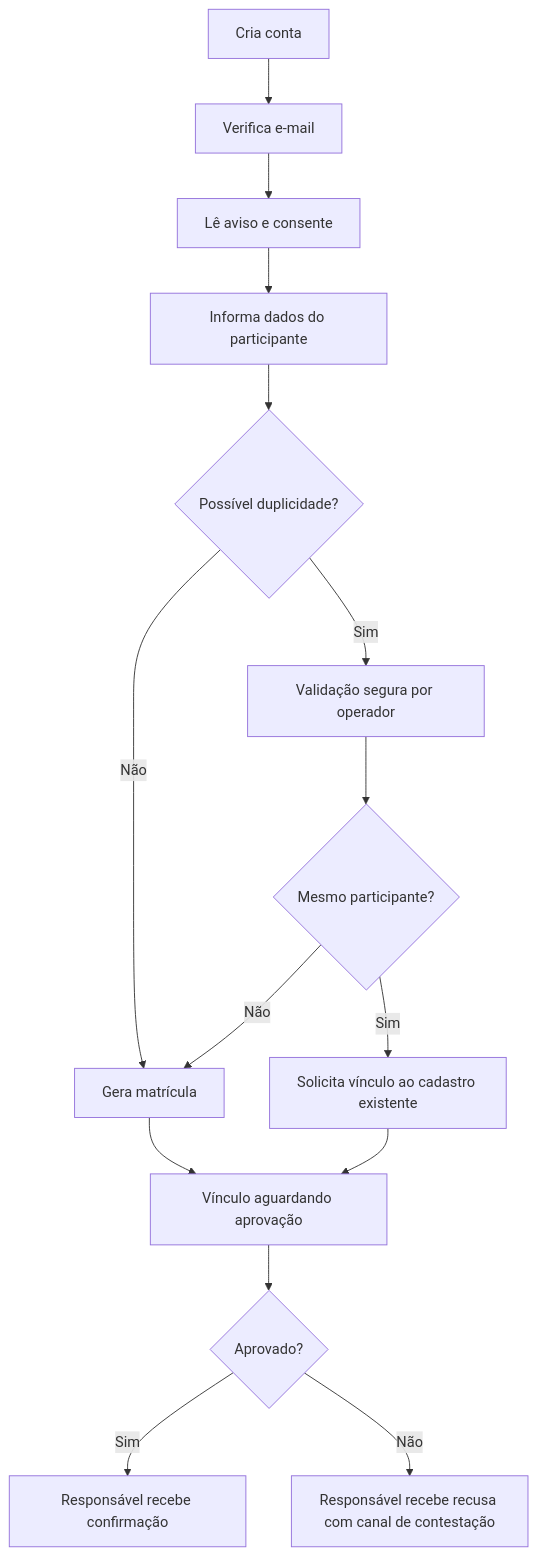
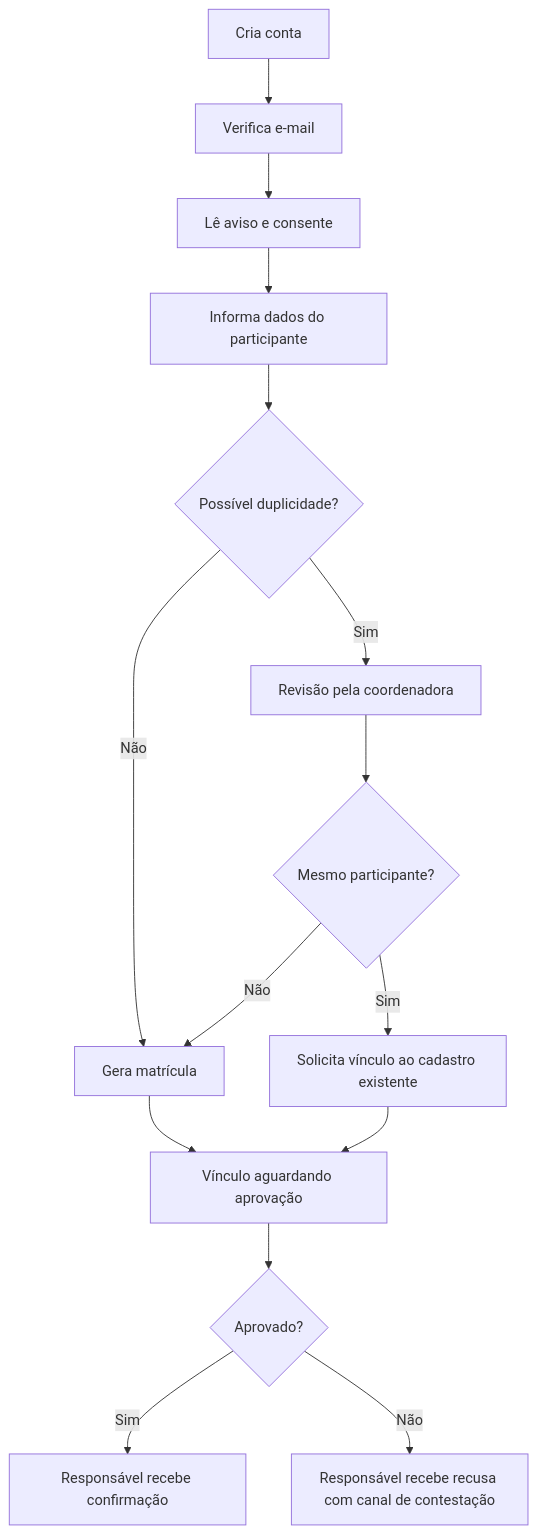
One commit to helesjunior/ccb-ebi changed the diagram in docs/01-requisitos/fluxos/FL-01-cadastro-responsavel-e-participante.md. Above: the diagram before and after it, drawn with Mermaid. The commit also changed other lines of this file and 37 other files, not shown here.

````diff
--- a/docs/01-requisitos/fluxos/FL-01-cadastro-responsavel-e-participante.md
+++ b/docs/01-requisitos/fluxos/FL-01-cadastro-responsavel-e-participante.md
@@ -13,17 +13,17 @@
 ```mermaid
 flowchart TD
   A[Cria conta] --> B[Verifica e-mail]
   B --> C[Lê aviso e consente]
   C --> D[Informa dados do participante]
   D --> E{Possível duplicidade?}
   E -- Não --> F[Gera matrícula]
-  E -- Sim --> G[Validação segura por operador]
+  E -- Sim --> G[Revisão pela coordenadora]
   G --> H{Mesmo participante?}
   H -- Sim --> I[Solicita vínculo ao cadastro existente]
   H -- Não --> F
   F --> J[Vínculo aguardando aprovação]
   I --> J
   J --> K{Aprovado?}
   K -- Sim --> L[Responsável recebe confirmação]
   K -- Não --> M[Responsável recebe recusa com canal de contestação]
 ```
````
